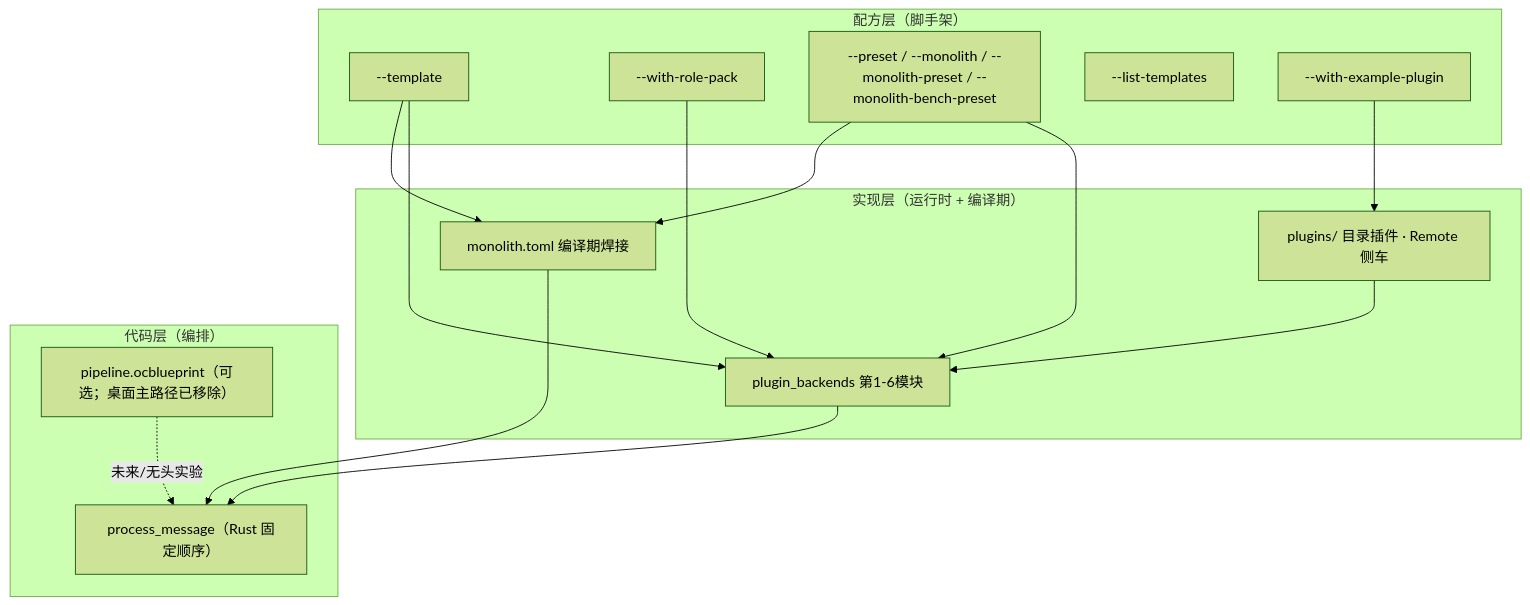
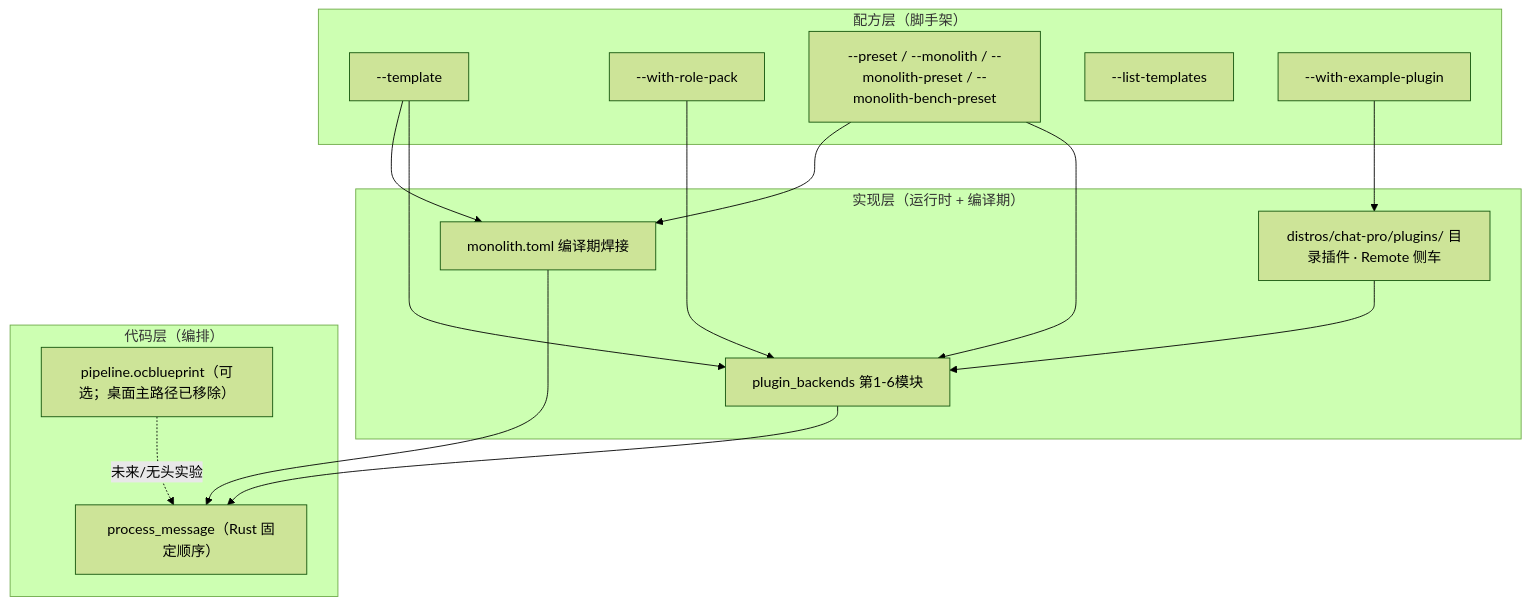
One commit to linkaiheng2233-cyber/oclivenewnew changed the diagram in creator-docs/getting-started/KERNEL_FACTORY_VISION.md. Above: the diagram before and after it, drawn with Mermaid (forest theme). The commit also changed other lines of this file and 205 other files, not shown here.

````diff
--- a/creator-docs/getting-started/KERNEL_FACTORY_VISION.md
+++ b/creator-docs/getting-started/KERNEL_FACTORY_VISION.md
@@ -86,29 +86,29 @@
 ```mermaid
 flowchart TB
   subgraph recipe["配方层（脚手架）"]
     T["--template"]
     R["--with-role-pack"]
     P["--preset / --monolith / --monolith-preset / --monolith-bench-preset"]
     L["--list-templates"]
     E["--with-example-plugin"]
   end
   subgraph impl["实现层（运行时 + 编译期）"]
     PB["plugin_backends 第1-6模块"]
     M["monolith.toml 编译期焊接"]
-    PL["plugins/ 目录插件 · Remote 侧车"]
+    PL["distros/chat-pro/plugins/ 目录插件 · Remote 侧车"]
   end
   subgraph code["代码层（编排）"]
     PM["process_message（Rust 固定顺序）"]
     BP["pipeline.ocblueprint（可选；桌面主路径已移除）"]
   end
   T --> PB
   R --> PB
   P --> PB
   T --> M
   P --> M
   E --> PL
   PB --> PM
   M --> PM
   PL --> PB
   BP -.->|未来/无头实验| PM
 ```
````
